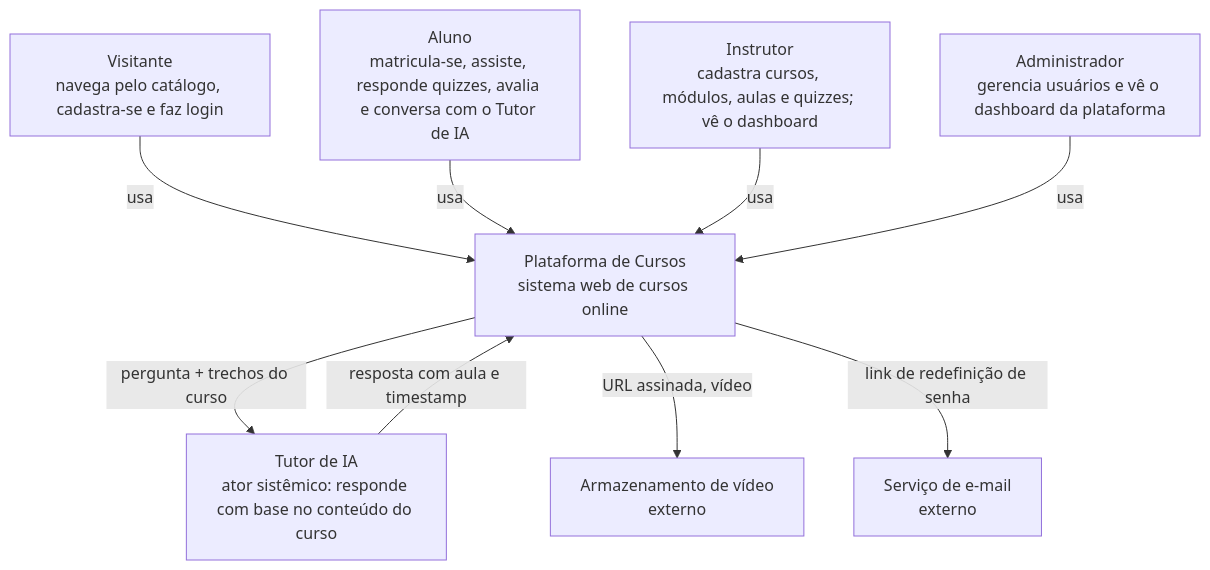
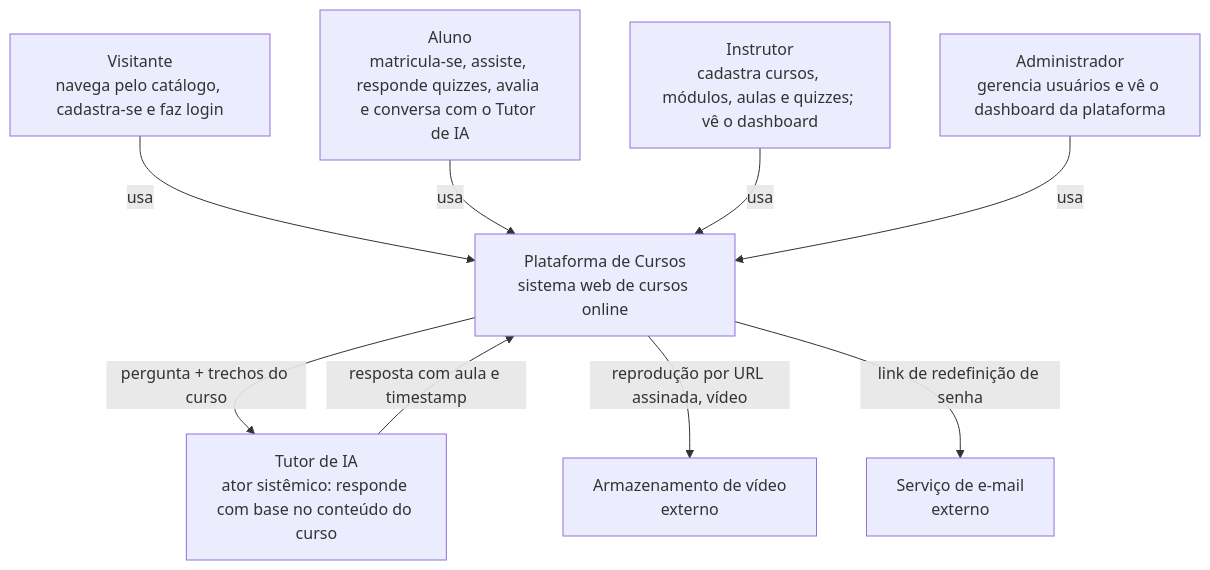
The first of 6 diagrams in docs/sdd.md (Plataforma-de-Cursos-TCC/plataforma-cursos-docs), drawn with Mermaid before and after one commit. The commit also changed other lines of this file and 2 other files, not shown here.

````diff
--- a/docs/sdd.md
+++ b/docs/sdd.md
@@ -22,22 +22,22 @@
 ```mermaid
 flowchart TB
     visitante["Visitante<br/>navega pelo catálogo, cadastra-se e faz login"]
     aluno["Aluno<br/>matricula-se, assiste, responde quizzes, avalia e conversa com o Tutor de IA"]
     instrutor["Instrutor<br/>cadastra cursos, módulos, aulas e quizzes; vê o dashboard"]
     admin["Administrador<br/>gerencia usuários e vê o dashboard da plataforma"]
 
     plataforma["Plataforma de Cursos<br/>sistema web de cursos online"]
 
     tutor["Tutor de IA<br/>ator sistêmico: responde com base no conteúdo do curso"]
     storage["Armazenamento de vídeo<br/>externo"]
     email["Serviço de e-mail<br/>externo"]
 
     visitante -->|"usa"| plataforma
     aluno -->|"usa"| plataforma
     instrutor -->|"usa"| plataforma
     admin -->|"usa"| plataforma
     plataforma -->|"pergunta + trechos do curso"| tutor
     tutor -->|"resposta com aula e timestamp"| plataforma
-    plataforma -->|"URL assinada, vídeo"| storage
+    plataforma -->|"reprodução por URL assinada, vídeo"| storage
     plataforma -->|"link de redefinição de senha"| email
 ```
````
